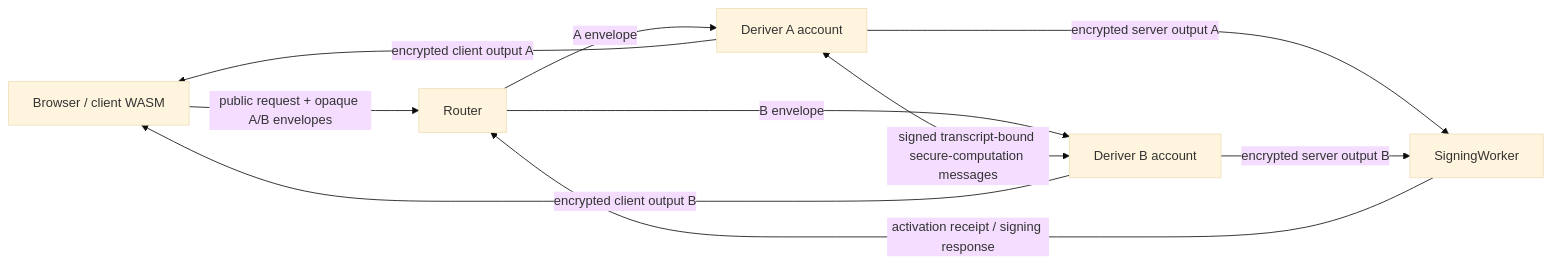
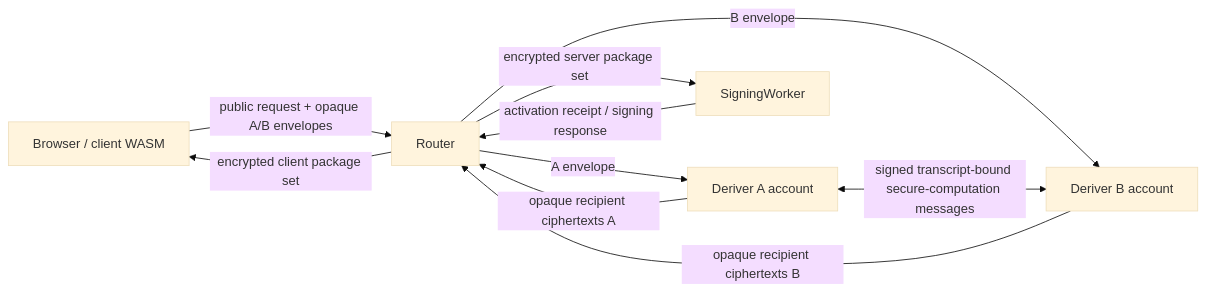
One commit to seams-tech/seams-sdk changed the diagram in docs/router-a-b-sol-refactor.md. Above: the diagram before and after it, drawn with Mermaid (base theme). The commit also changed other lines of this file and 48 other files, not shown here.

````diff
--- a/docs/router-a-b-sol-refactor.md
+++ b/docs/router-a-b-sol-refactor.md
@@ -200,12 +200,12 @@
 ```mermaid
 flowchart LR
   C["Browser / client WASM"] -->|"public request + opaque A/B envelopes"| R["Router"]
   R -->|"A envelope"| A["Deriver A account"]
   R -->|"B envelope"| B["Deriver B account"]
   A <-->|"signed transcript-bound secure-computation messages"| B
-  A -->|"encrypted client output A"| C
-  B -->|"encrypted client output B"| C
-  A -->|"encrypted server output A"| SW["SigningWorker"]
-  B -->|"encrypted server output B"| SW
+  A -->|"opaque recipient ciphertexts A"| R
+  B -->|"opaque recipient ciphertexts B"| R
+  R -->|"encrypted client package set"| C
+  R -->|"encrypted server package set"| SW["SigningWorker"]
   SW -->|"activation receipt / signing response"| R
 ```
````
